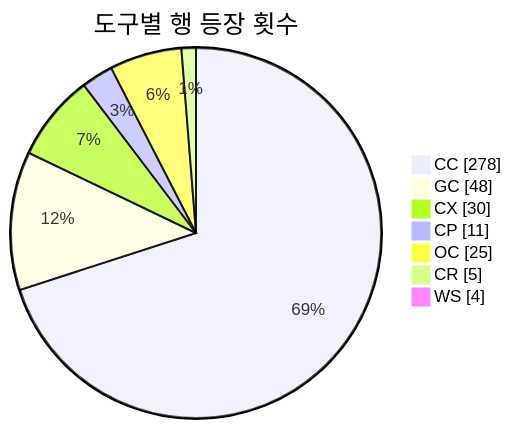
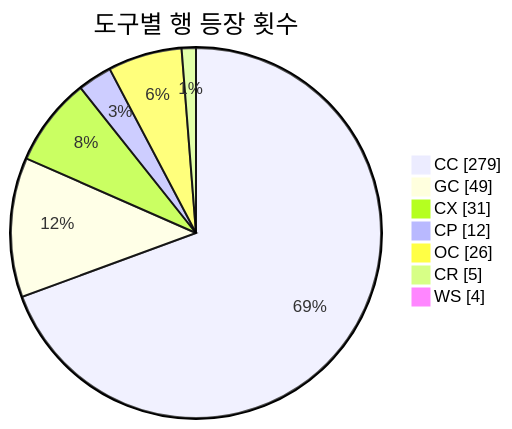
Before and after one commit to J-nowcow/awesome-korean-agent-skills: the second of 3 diagrams in README.md, drawn with Mermaid. The commit also changed other lines of this file and 3 other files, not shown here.

````diff
--- a/README.md
+++ b/README.md
@@ -193,11 +193,11 @@
 ```mermaid
 pie showData
     title 도구별 행 등장 횟수
-    "CC" : 278
-    "GC" : 48
-    "CX" : 30
-    "CP" : 11
-    "OC" : 25
+    "CC" : 279
+    "GC" : 49
+    "CX" : 31
+    "CP" : 12
+    "OC" : 26
     "CR" : 5
     "WS" : 4
 ```
````
